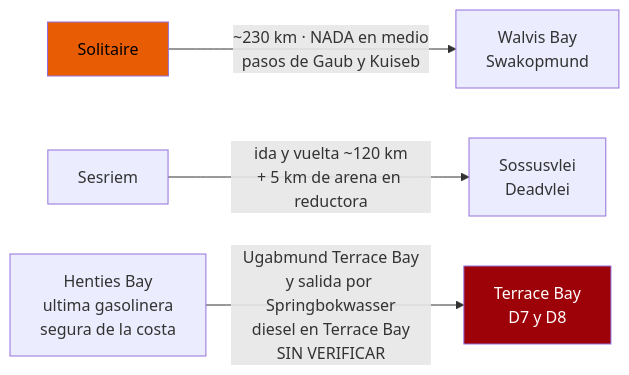
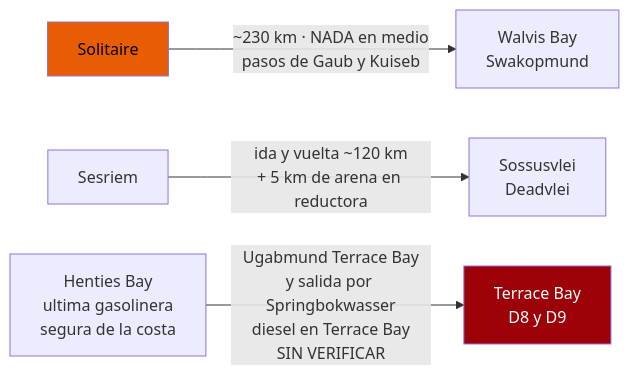
One commit to morandeirachema/namibia changed the first of 2 diagrams in 07-logistica.md. Above: the diagram before and after it, drawn with Mermaid. The commit also changed other lines of this file and 54 other files, not shown here.

````diff
--- a/07-logistica.md
+++ b/07-logistica.md
@@ -118,8 +118,8 @@
 ```mermaid
 flowchart LR
     S["Solitaire"] -->|"~230 km · NADA en medio<br/>pasos de Gaub y Kuiseb"| W["Walvis Bay<br/>Swakopmund"]
     SE["Sesriem"] -->|"ida y vuelta ~120 km<br/>+ 5 km de arena en reductora"| D["Sossusvlei<br/>Deadvlei"]
-    H["Henties Bay<br/>ultima gasolinera<br/>segura de la costa"] -->|"Ugabmund Terrace Bay<br/>y salida por Springbokwasser<br/>diesel en Terrace Bay<br/>SIN VERIFICAR"| T["Terrace Bay<br/>D7 y D8"]
+    H["Henties Bay<br/>ultima gasolinera<br/>segura de la costa"] -->|"Ugabmund Terrace Bay<br/>y salida por Springbokwasser<br/>diesel en Terrace Bay<br/>SIN VERIFICAR"| T["Terrace Bay<br/>D8 y D9"]
     style S fill:#e85d04,color:#000
     style T fill:#9d0208,color:#fff
 ```
````
